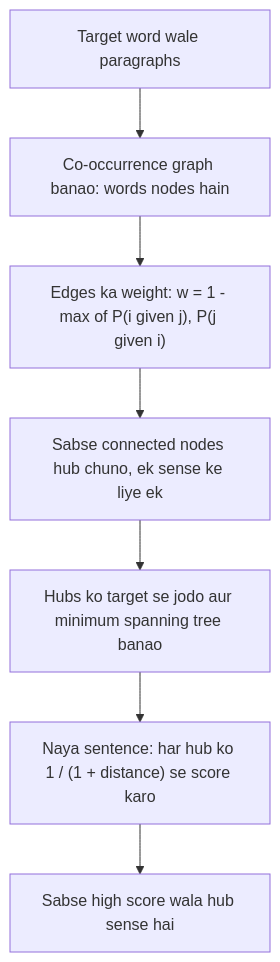
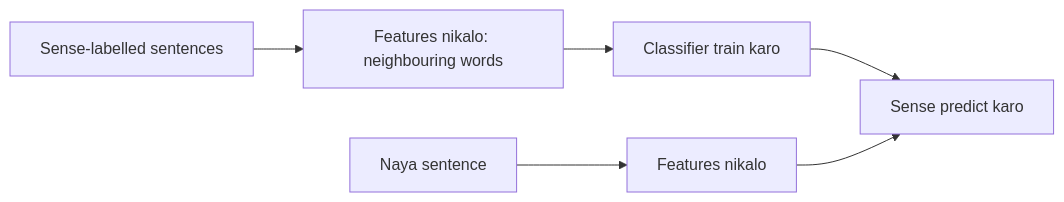
One commit to TrendySloth1001/sem-seven-notes changed the sixth of 6 diagrams in content/natural-language-processing/notes/word-sense-disambiguation.hi.mdx. Above: the diagram before and after it, drawn with Mermaid. The commit also changed other lines of this file and 406 other files, not shown here.

````diff
--- a/content/natural-language-processing/notes/word-sense-disambiguation.hi.mdx
+++ b/content/natural-language-processing/notes/word-sense-disambiguation.hi.mdx
@@ -455,10 +211,9 @@
 ```mermaid
-%% caption: HyperLex. Target ke saath aane wale words ek graph banate hain; sabse zyada connected words hub bante hain, aur har hub ek sense hai. Naya sentence us hub ka sense leta hai jiske sabse paas uske words baithe hain.
-flowchart TD
-  A["Target word wale paragraphs"] --> B["Co-occurrence graph banao: words nodes hain"]
-  B --> C["Edges ka weight: w = 1 - max of P(i given j), P(j given i)"]
-  C --> D["Sabse connected nodes hub chuno, ek sense ke liye ek"]
-  D --> E["Hubs ko target se jodo aur minimum spanning tree banao"]
-  E --> F["Naya sentence: har hub ko 1 / (1 + distance) se score karo"]
-  F --> G["Sabse high score wala hub sense hai"]
+%% caption: Supervised WSD: sense-labelled sentences par train karo, phir naye sentence ka sense predict karo.
+flowchart LR
+  A["Sense-labelled sentences"] --> B["Features nikalo: neighbouring words"]
+  B --> C["Classifier train karo"]
+  D["Naya sentence"] --> E["Features nikalo"]
+  C --> F["Sense predict karo"]
+  E --> F
 ```
````
